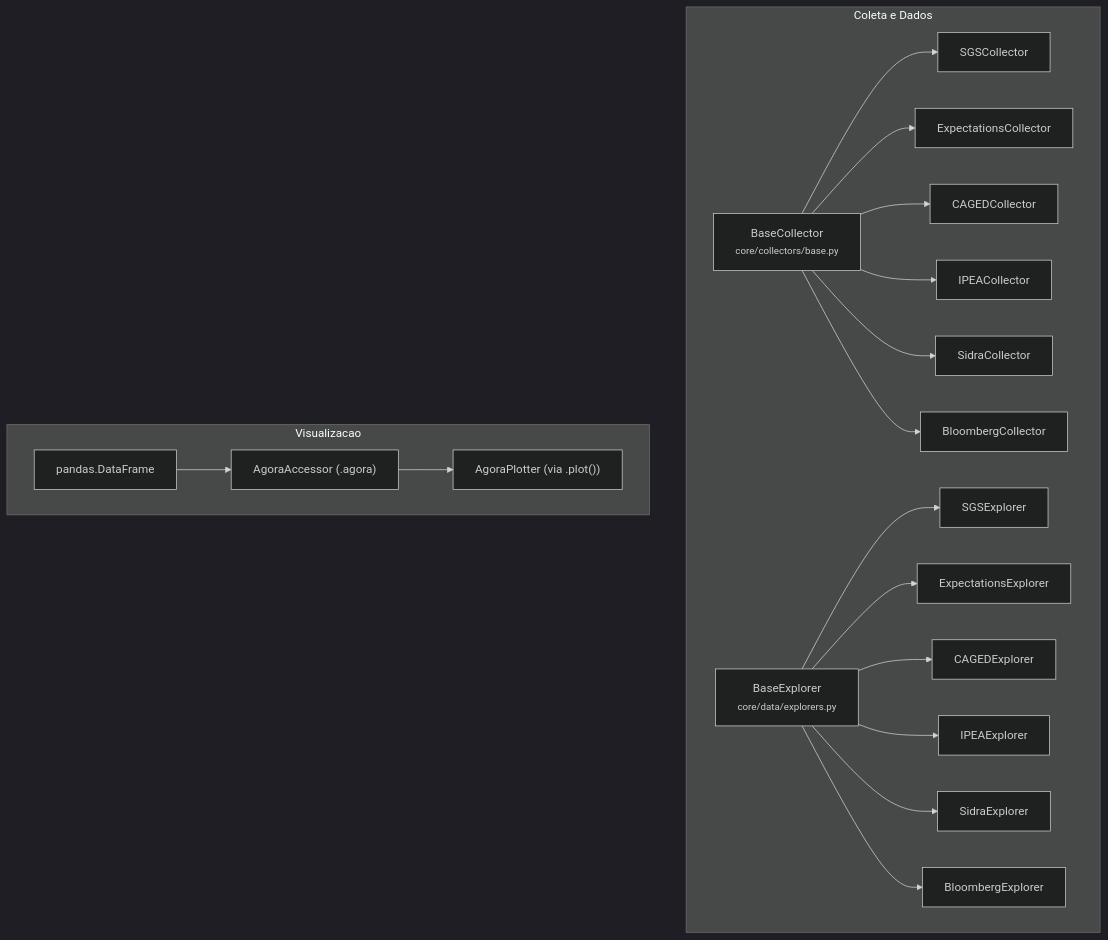
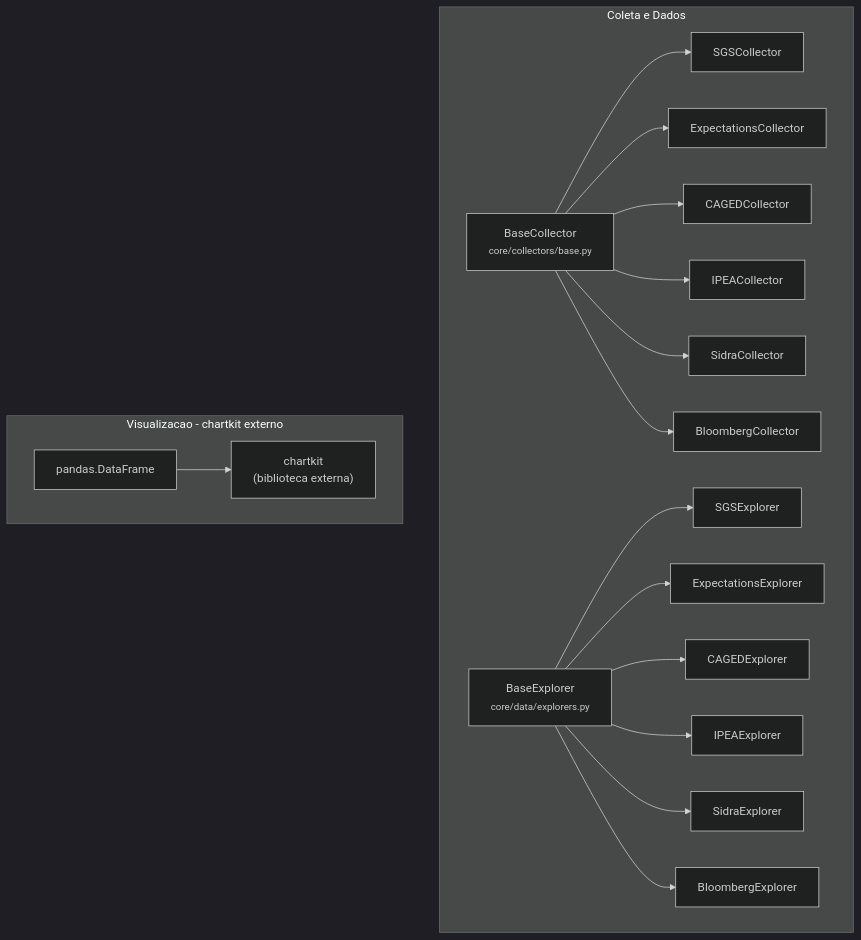
Before and after one commit to enzoomoreira/adb: the first of 2 diagrams in docs/architecture.md, drawn with Mermaid (dark theme). The commit also changed other lines of this file and 32 other files, not shown here.

Commit message:
refactor(charting): extract charting module to external chartkit lib

````diff
--- a/docs/architecture.md
+++ b/docs/architecture.md
@@ -63,26 +62,25 @@
 ```mermaid
 graph TD
     subgraph Coleta e Dados
         BC["BaseCollector<br/><small>core/collectors/base.py</small>"]
         BC --> SGSCol[SGSCollector]
         BC --> ExpCol[ExpectationsCollector]
         BC --> CAGEDCol[CAGEDCollector]
         BC --> IPEACol[IPEACollector]
         BC --> SidraCol[SidraCollector]
         BC --> BBGCol[BloombergCollector]
 
         BE["BaseExplorer<br/><small>core/data/explorers.py</small>"]
         BE --> SGSExp[SGSExplorer]
         BE --> ExpExp[ExpectationsExplorer]
         BE --> CAGEDExp[CAGEDExplorer]
         BE --> IPEAExp[IPEAExplorer]
         BE --> SidraExp[SidraExplorer]
         BE --> BBGExp[BloombergExplorer]
     end
 
-    subgraph Visualizacao
+    subgraph Visualizacao [Visualizacao - chartkit externo]
         DF[pandas.DataFrame]
-        DF --> AA["AgoraAccessor (.agora)"]
-        AA --> AP["AgoraPlotter (via .plot())"]
+        DF --> CK["chartkit<br/>(biblioteca externa)"]
     end
 ```
````
